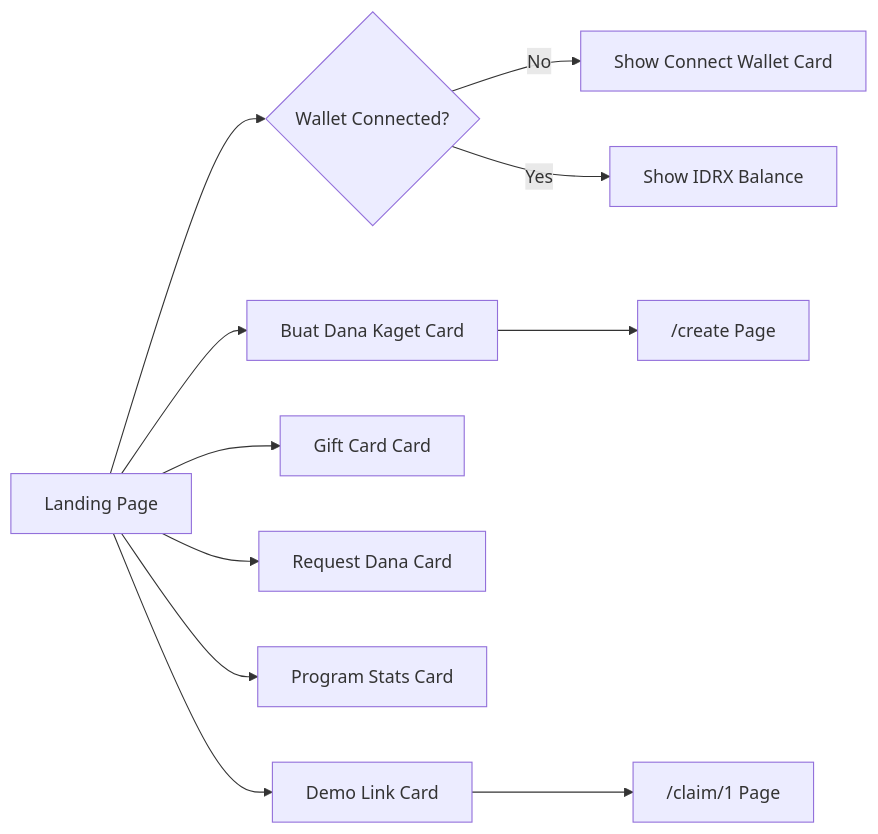
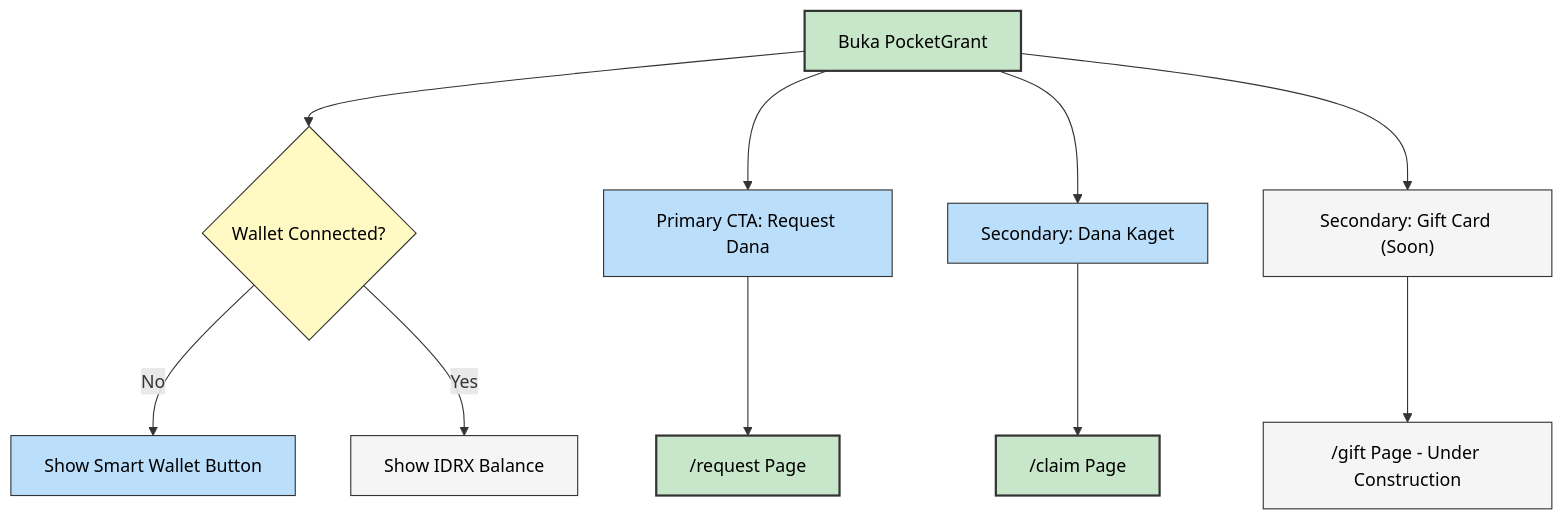
Before and after one commit to raflimulyarahman/PocketGrant: the sixth of 11 diagrams in WALKTHROUGH.md, drawn with Mermaid. The commit also changed other lines of this file and 23 other files, not shown here.

Commit message:
docs: update walkthrough with new frontend flows and Smart Wallet details

````diff
--- a/WALKTHROUGH.md
+++ b/WALKTHROUGH.md
@@ -302,15 +302,20 @@
 ```mermaid
-flowchart LR
-    A["Landing Page"] --> B{Wallet Connected?}
-    B -->|No| C["Show Connect Wallet Card"]
-    B -->|Yes| D["Show IDRX Balance"]
+flowchart TD
+    classDef positive stroke:#333,stroke-width:2px,fill:#c8e6c9,color:#000
+    classDef actionNode stroke:#333,stroke-width:1px,fill:#bbdefb,color:#000
+    classDef decision stroke:#333,stroke-width:1px,fill:#fff9c4,color:#000
+    classDef infoNode stroke:#333,stroke-width:1px,fill:#f5f5f5,color:#000
 
-    A --> E["Buat Dana Kaget Card"]
-    E --> F["/create Page"]
+    A["Buka PocketGrant"]:::positive --> B{Wallet Connected?}:::decision
+    B -->|No| C["Show Smart Wallet Button"]:::actionNode
+    B -->|Yes| D["Show IDRX Balance"]:::infoNode
 
-    A --> G["Gift Card Card"]
-    A --> H["Request Dana Card"]
-    A --> I["Program Stats Card"]
-    A --> J["Demo Link Card"]
-    J --> K["/claim/1 Page"]
+    A --> E["Primary CTA: Request Dana"]:::actionNode
+    E --> F["/request Page"]:::positive
+
+    A --> G["Secondary: Dana Kaget"]:::actionNode
+    G --> H["/claim Page"]:::positive
+
+    A --> I["Secondary: Gift Card (Soon)"]:::infoNode
+    I --> J["/gift Page - Under Construction"]:::infoNode
 ```
````
